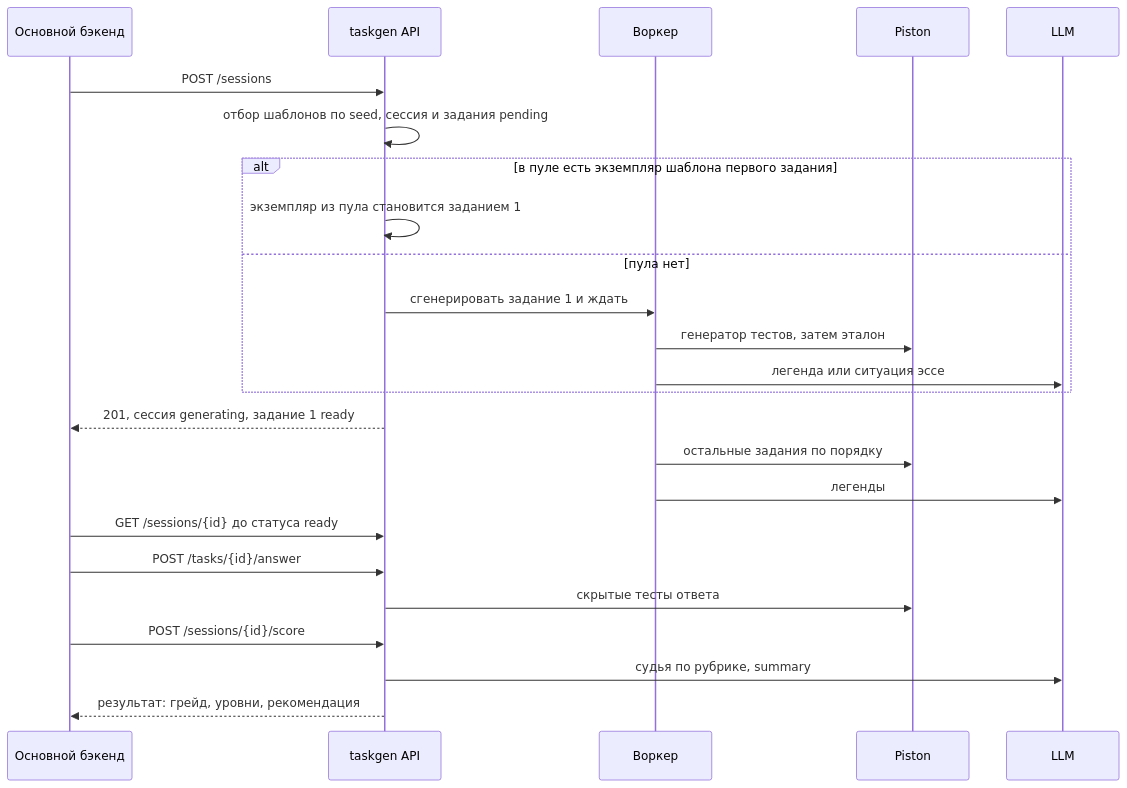
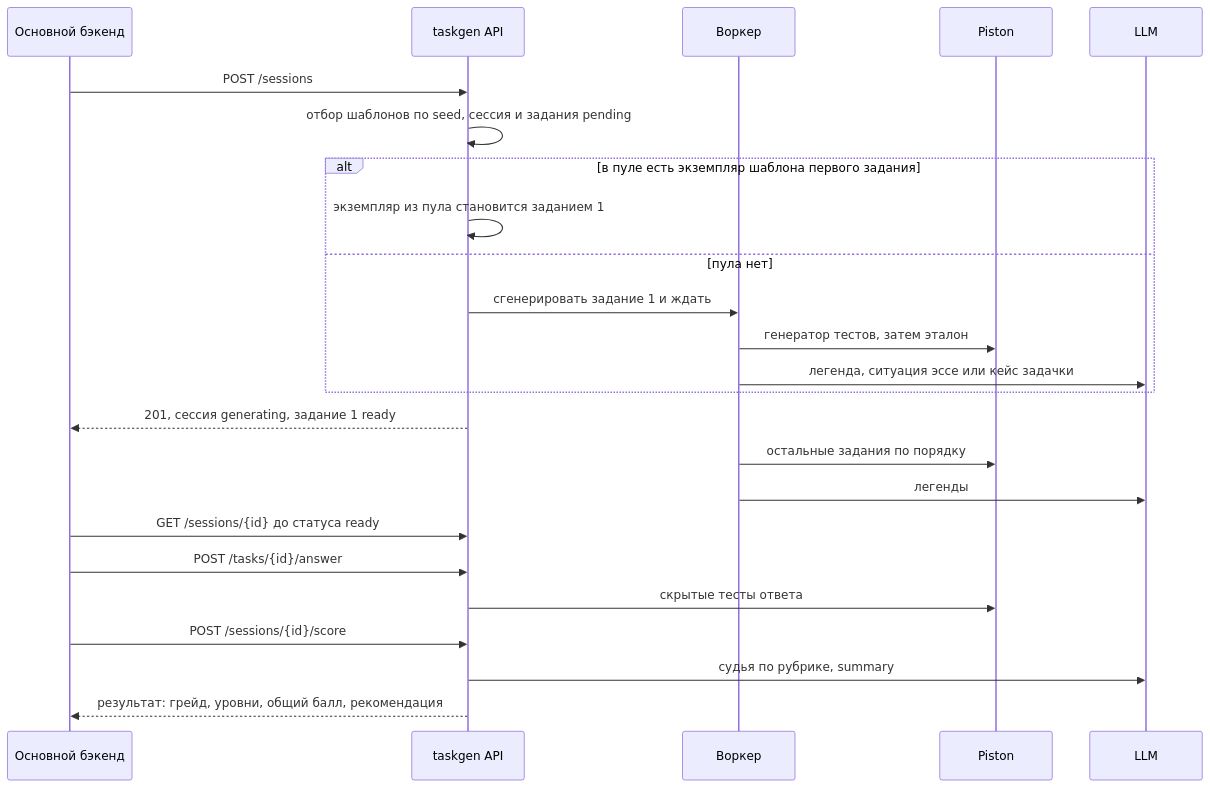
The fifth of 5 diagrams in docs/taskgen/architecture.md (IDaniil228/hackathon), drawn with Mermaid before and after one commit. The commit also changed other lines of this file and 2 other files, not shown here.

First line of the commit message:
Описать квоту отбора, тестовые задачки и слепой решатель

````diff
--- a/docs/taskgen/architecture.md
+++ b/docs/taskgen/architecture.md
@@ -113,26 +116,26 @@
 ```mermaid
 sequenceDiagram
     participant B as Основной бэкенд
     participant A as taskgen API
     participant W as Воркер
     participant P as Piston
     participant L as LLM
     B->>A: POST /sessions
     A->>A: отбор шаблонов по seed, сессия и задания pending
     alt в пуле есть экземпляр шаблона первого задания
         A->>A: экземпляр из пула становится заданием 1
     else пула нет
         A->>W: сгенерировать задание 1 и ждать
         W->>P: генератор тестов, затем эталон
-        W->>L: легенда или ситуация эссе
+        W->>L: легенда, ситуация эссе или кейс задачки
     end
     A-->>B: 201, сессия generating, задание 1 ready
     W->>P: остальные задания по порядку
     W->>L: легенды
     B->>A: GET /sessions/{id} до статуса ready
     B->>A: POST /tasks/{id}/answer
     A->>P: скрытые тесты ответа
     B->>A: POST /sessions/{id}/score
     A->>L: судья по рубрике, summary
-    A-->>B: результат: грейд, уровни, рекомендация
+    A-->>B: результат: грейд, уровни, общий балл, рекомендация
 ```
````
